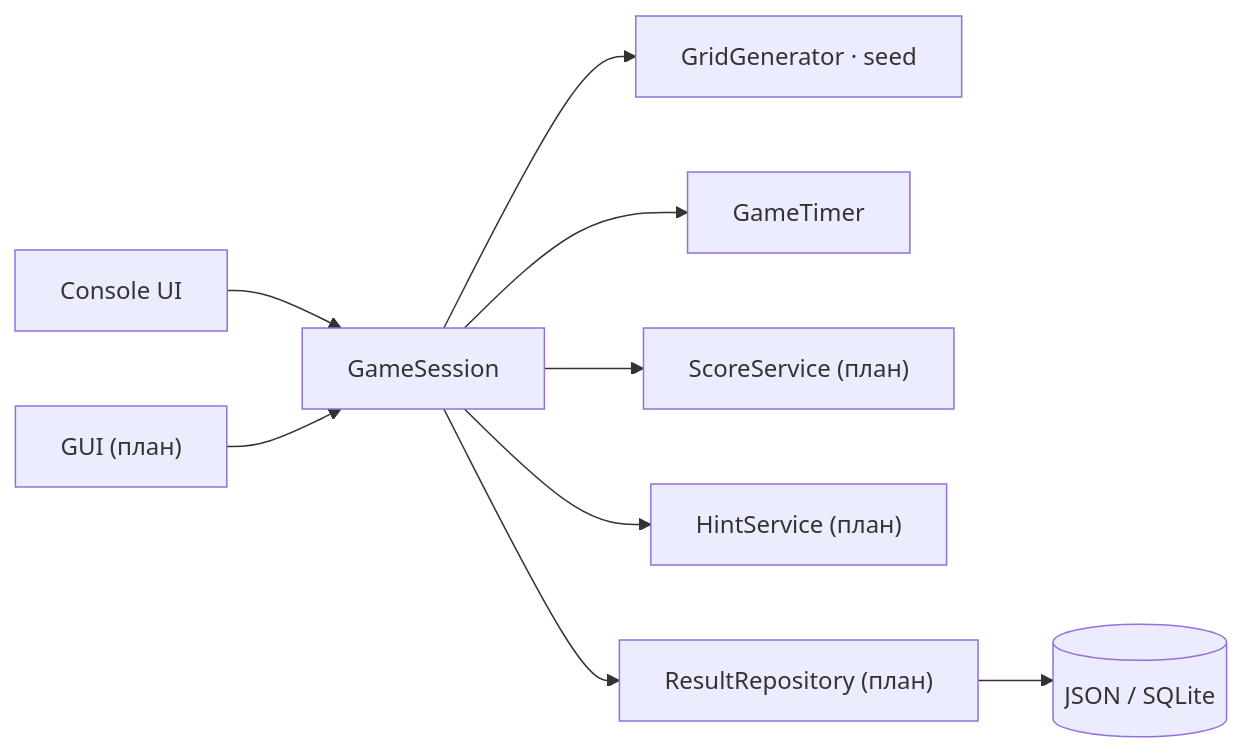
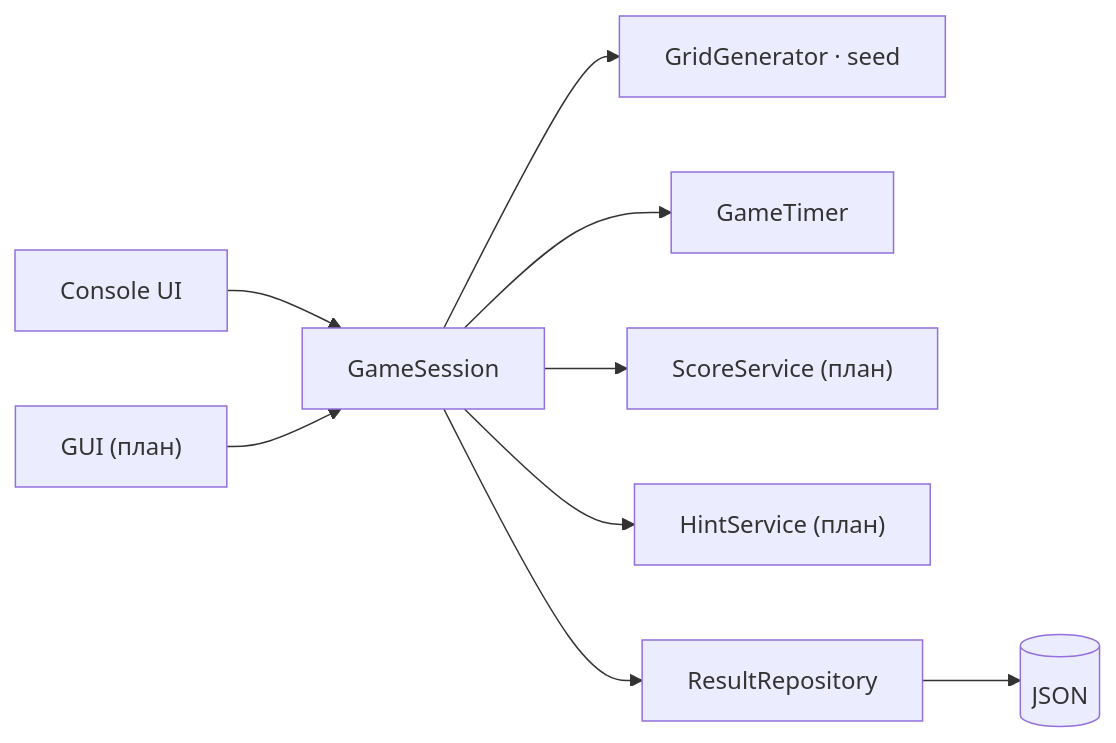
One commit to zaeso/zaeso-Words changed the fourth of 4 diagrams in zaeso-Words-Roadmap.md. Above: the diagram before and after it, drawn with Mermaid. The commit also changed other lines of this file and 12 other files, not shown here.

````diff
--- a/zaeso-Words-Roadmap.md
+++ b/zaeso-Words-Roadmap.md
@@ -173,11 +185,11 @@
 ```mermaid
 flowchart LR
     CLI["Console UI"] --> SESSION["GameSession"]
     GUI["GUI (план)"] --> SESSION
     SESSION --> GEN["GridGenerator · seed"]
     SESSION --> TIMER["GameTimer"]
     SESSION --> SCORE["ScoreService (план)"]
     SESSION --> HINT["HintService (план)"]
-    SESSION --> RESULT["ResultRepository (план)"]
-    RESULT --> STORE[("JSON / SQLite")]
+    SESSION --> RESULT["ResultRepository"]
+    RESULT --> STORE[("JSON")]
 ```
````
